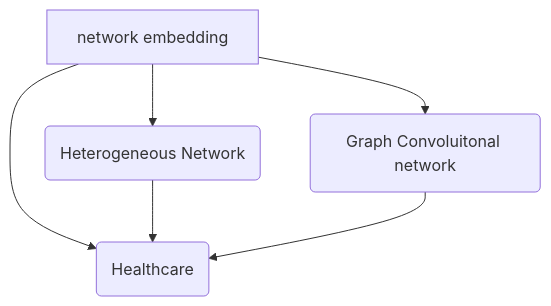
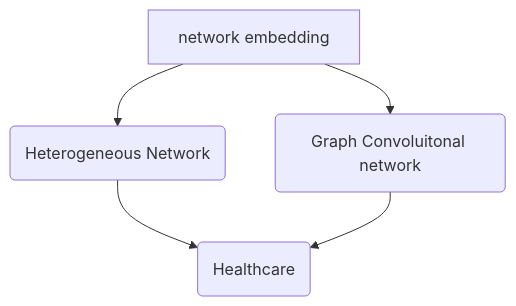
One commit to GuodongFan/GuodongFan.github.io changed the second of 2 diagrams in _posts/2019-08-21-Plan.md. Above: the diagram before and after it, drawn with Mermaid.

```diff
--- a/_posts/2019-08-21-Plan.md
+++ b/_posts/2019-08-21-Plan.md
@@ -26,10 +26,8 @@
 <div class="mermaid">
 graph TB
 
 A[network embedding] --> B(Heterogeneous Network)
 A --> C(Graph Convoluitonal network)
-
-A-->E(Healthcare)
 B-->E(Healthcare)
 C-->E(Healthcare)
 </div>
```
